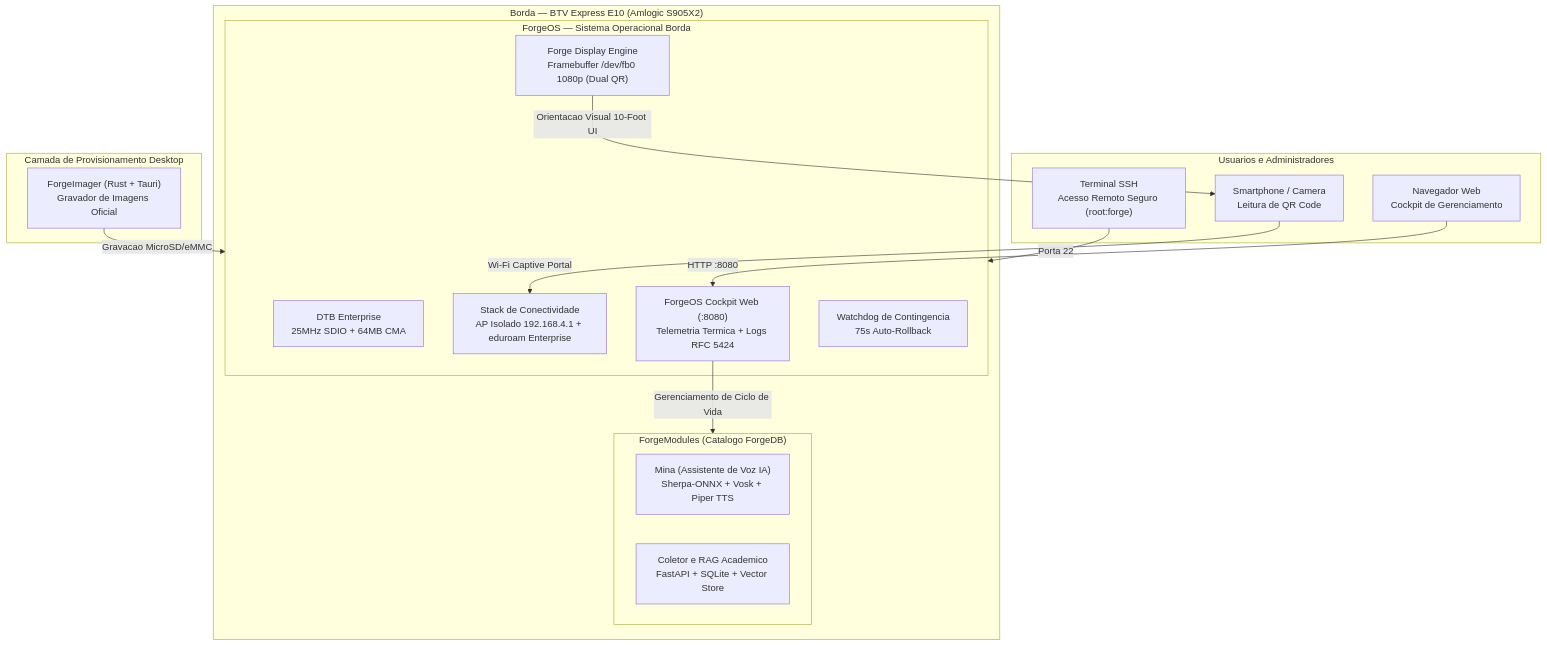
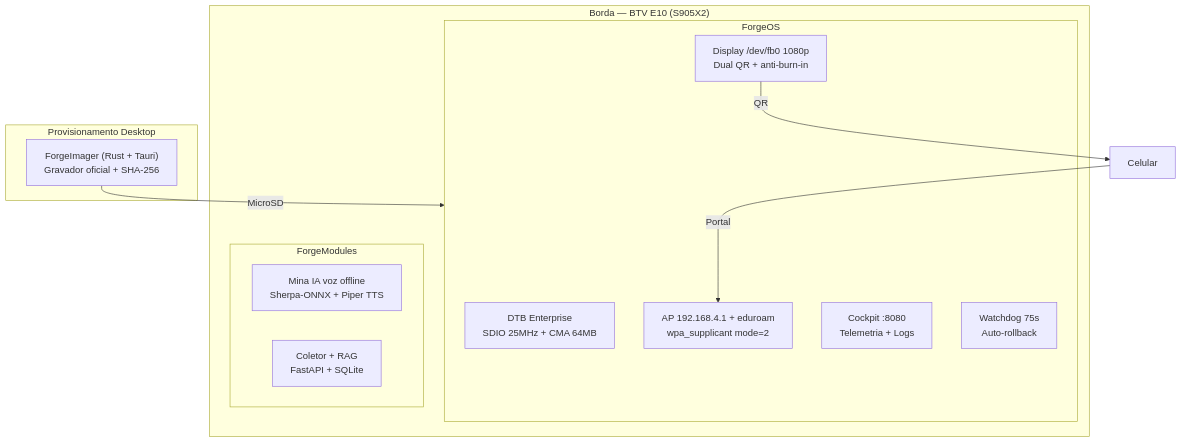
The diagram in Projeto Equipe 1/readme.md (gasiepgodoy/Hackathon-TV-Box-E10), drawn with Mermaid before and after one commit. The commit also changed other lines of this file, not shown here.

Commit message:
docs(equipe1): banner relativo + resumo oficial + roteiro 1 box sem hardware extra

````diff
--- a/Projeto Equipe 1/readme.md
+++ b/Projeto Equipe 1/readme.md
@@ -38,34 +55,22 @@
 ```mermaid
 flowchart TB
-    subgraph Desktop["Camada de Provisionamento Desktop"]
-        FI["ForgeImager (Rust + Tauri)<br/>Gravador de Imagens Oficial"]
+    subgraph Desktop["Provisionamento Desktop"]
+        FI["ForgeImager (Rust + Tauri)<br/>Gravador oficial + SHA-256"]
     end
-
-    subgraph Hardware["Borda — BTV Express E10 (Amlogic S905X2)"]
-        subgraph OS["ForgeOS — Sistema Operacional Borda"]
-            DTB["DTB Enterprise<br/>25MHz SDIO + 64MB CMA"]
-            DISP["Forge Display Engine<br/>Framebuffer /dev/fb0 1080p (Dual QR)"]
-            NET["Stack de Conectividade<br/>AP Isolado 192.168.4.1 + eduroam Enterprise"]
-            PORTAL["ForgeOS Cockpit Web (:8080)<br/>Telemetria Termica + Logs RFC 5424"]
-            WATCH["Watchdog de Contingencia<br/>75s Auto-Rollback"]
+    subgraph Hardware["Borda — BTV E10 (S905X2)"]
+        subgraph OS["ForgeOS"]
+            DTB["DTB Enterprise<br/>SDIO 25MHz + CMA 64MB"]
+            DISP["Display /dev/fb0 1080p<br/>Dual QR + anti-burn-in"]
+            NET["AP 192.168.4.1 + eduroam<br/>wpa_supplicant mode=2"]
+            PORTAL["Cockpit :8080<br/>Telemetria + Logs"]
+            WATCH["Watchdog 75s<br/>Auto-rollback"]
         end
-
-        subgraph Hub["ForgeModules (Catalogo ForgeDB)"]
-            MOD1["Mina (Assistente de Voz IA)<br/>Sherpa-ONNX + Vosk + Piper TTS"]
-            MOD2["Coletor e RAG Academico<br/>FastAPI + SQLite + Vector Store"]
+        subgraph Hub["ForgeModules"]
+            MOD1["Mina IA voz offline<br/>Sherpa-ONNX + Piper TTS"]
+            MOD2["Coletor + RAG<br/>FastAPI + SQLite"]
         end
     end
-
-    subgraph Users["Usuarios e Administradores"]
-        CEL["Smartphone / Camera<br/>Leitura de QR Code"]
-        BROWSER["Navegador Web<br/>Cockpit de Gerenciamento"]
-        SSH_CLIENT["Terminal SSH<br/>Acesso Remoto Seguro (root:forge)"]
-    end
-
-    FI -->|Gravacao MicroSD/eMMC| OS
-    DISP -->|Orientacao Visual 10-Foot UI| CEL
-    CEL -->|Wi-Fi Captive Portal| NET
-    BROWSER -->|HTTP :8080| PORTAL
-    SSH_CLIENT -->|Porta 22| OS
-    PORTAL -->|Gerenciamento de Ciclo de Vida| Hub
+    FI -->|MicroSD| OS
+    DISP -->|QR| CEL["Celular"]
+    CEL -->|Portal| NET
 ```
````
